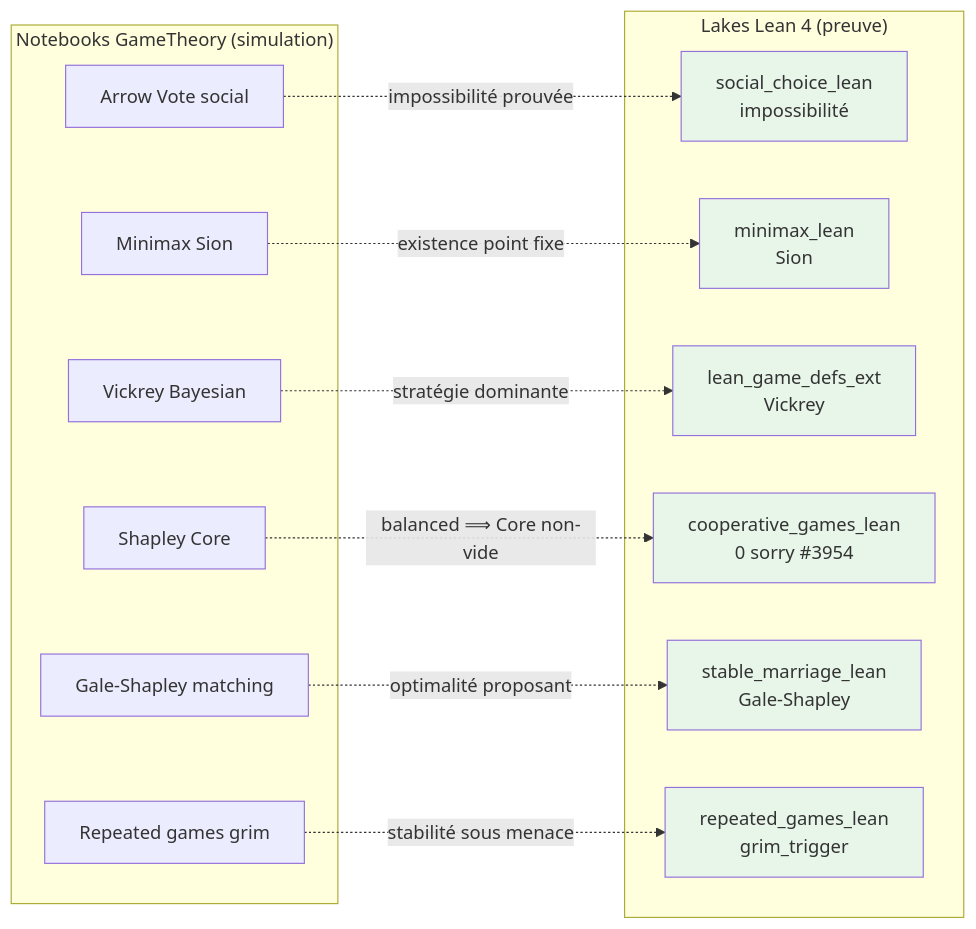
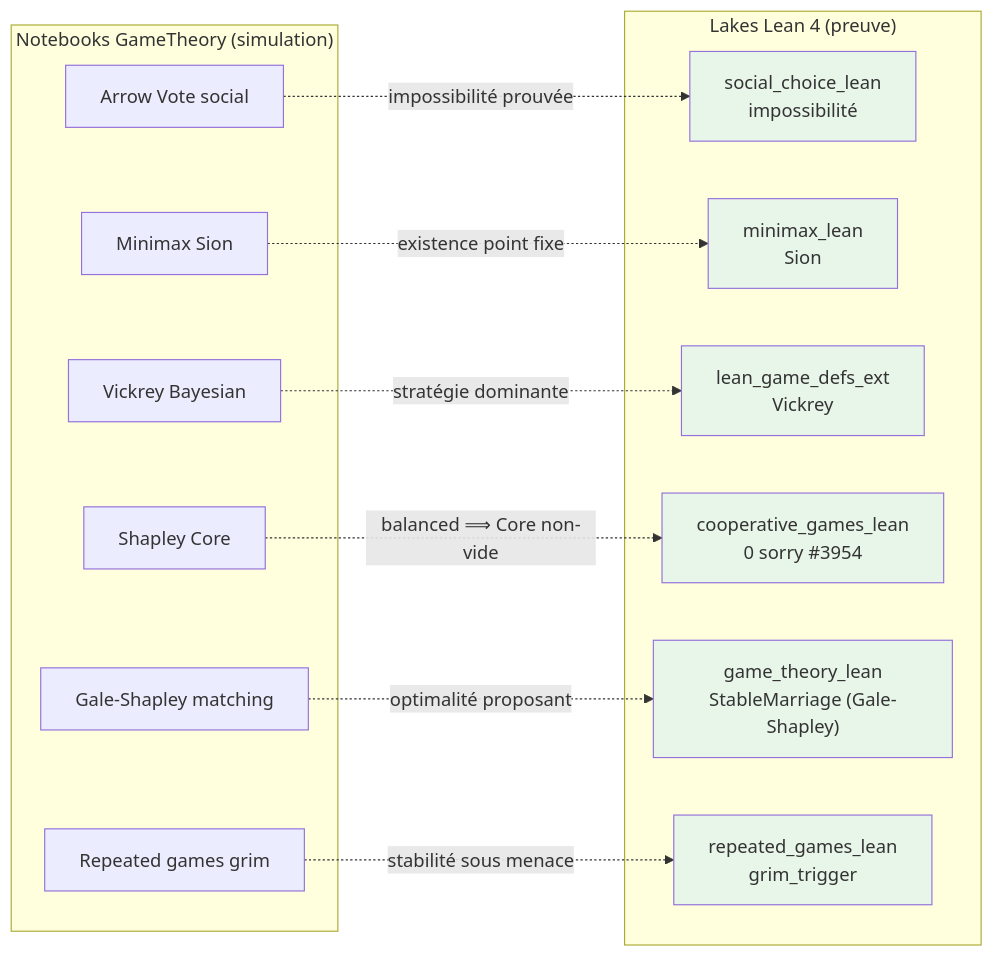
The second of 2 diagrams in MyIA.AI.Notebooks/GameTheory/README.md (jsboige/CoursIA), drawn with Mermaid before and after one commit. The commit also changed other lines of this file and 29 other files, not shown here.

````diff
--- a/MyIA.AI.Notebooks/GameTheory/README.md
+++ b/MyIA.AI.Notebooks/GameTheory/README.md
@@ -726,31 +726,31 @@
 ```mermaid
 flowchart LR
     subgraph SIM["Notebooks GameTheory (simulation)"]
         N1["Arrow Vote social"]
         N2["Minimax Sion"]
         N3["Vickrey Bayesian"]
         N4["Shapley Core"]
         N5["Gale-Shapley matching"]
         N6["Repeated games grim"]
     end
     subgraph LEAN["Lakes Lean 4 (preuve)"]
         L1["social_choice_lean<br/>impossibilité"]
         L2["minimax_lean<br/>Sion"]
         L3["lean_game_defs_ext<br/>Vickrey"]
         L4["cooperative_games_lean<br/>0 sorry #3954"]
-        L5["stable_marriage_lean<br/>Gale-Shapley"]
+        L5["game_theory_lean<br/>StableMarriage (Gale-Shapley)"]
         L6["repeated_games_lean<br/>grim_trigger"]
     end
     N1 -. "impossibilité prouvée" .-> L1
     N2 -. "existence point fixe" .-> L2
     N3 -. "stratégie dominante" .-> L3
     N4 -. "balanced ⟹ Core non-vide" .-> L4
     N5 -. "optimalité proposant" .-> L5
     N6 -. "stabilité sous menace" .-> L6
     style L1 fill:#e8f5e9
     style L2 fill:#e8f5e9
     style L3 fill:#e8f5e9
     style L4 fill:#e8f5e9
     style L5 fill:#e8f5e9
     style L6 fill:#e8f5e9
 ```
````
